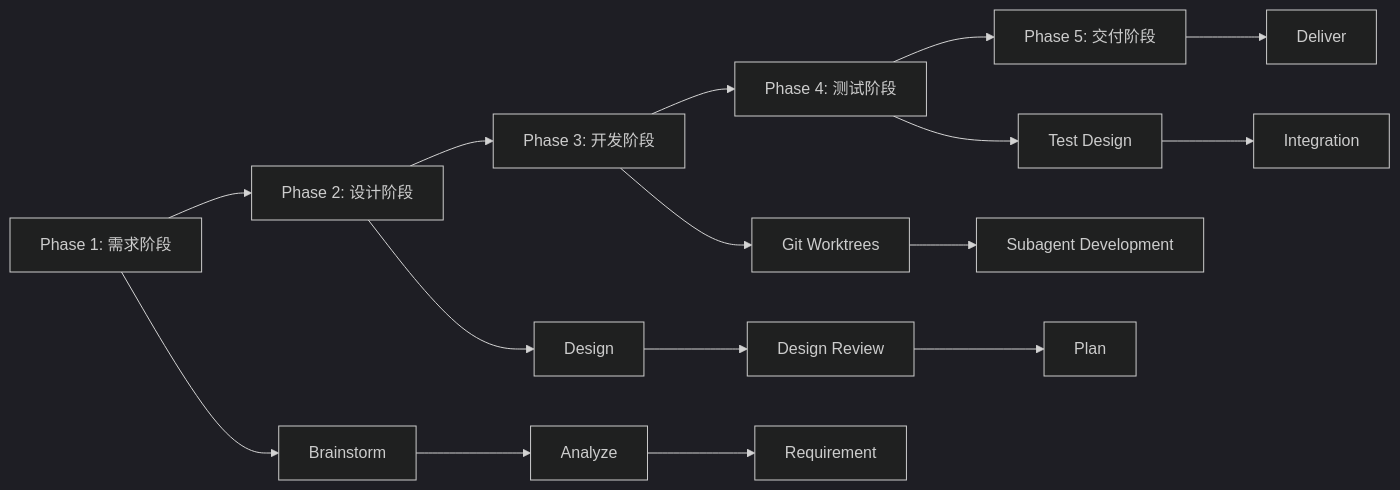
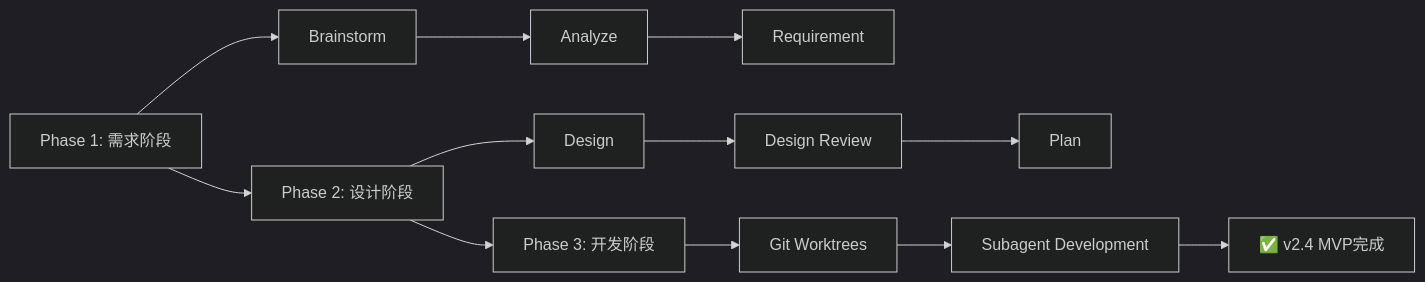
One commit to ymm512/Cadence-skills changed the second of 8 diagrams in .claude/designs/2026-02-25_技术方案_使用Claude_Code_Skills的AI自动化开发方案_v2.4.md. Above: the diagram before and after it, drawn with Mermaid (dark theme). The commit also changed other lines of this file and 2 other files, not shown here.

````diff
--- a/.claude/designs/2026-02-25_技术方案_使用Claude_Code_Skills的AI自动化开发方案_v2.4.md
+++ b/.claude/designs/2026-02-25_技术方案_使用Claude_Code_Skills的AI自动化开发方案_v2.4.md
@@ -204,23 +231,17 @@
 ```mermaid
 graph LR
     A[Phase 1: 需求阶段] --> B[Phase 2: 设计阶段]
     B --> C[Phase 3: 开发阶段]
-    C --> D[Phase 4: 测试阶段]
-    D --> E[Phase 5: 交付阶段]
 
     A --> A1[Brainstorm]
     A1 --> A2[Analyze]
     A2 --> A3[Requirement]
 
     B --> B1[Design]
     B1 --> B2[Design Review]
     B2 --> B3[Plan]
 
     C --> C1[Git Worktrees]
     C1 --> C2[Subagent Development]
-
-    D --> D1[Test Design]
-    D1 --> D2[Integration]
-
-    E --> E1[Deliver]
+    C2 --> C3[✅ v2.4 MVP完成]
 ```
````
